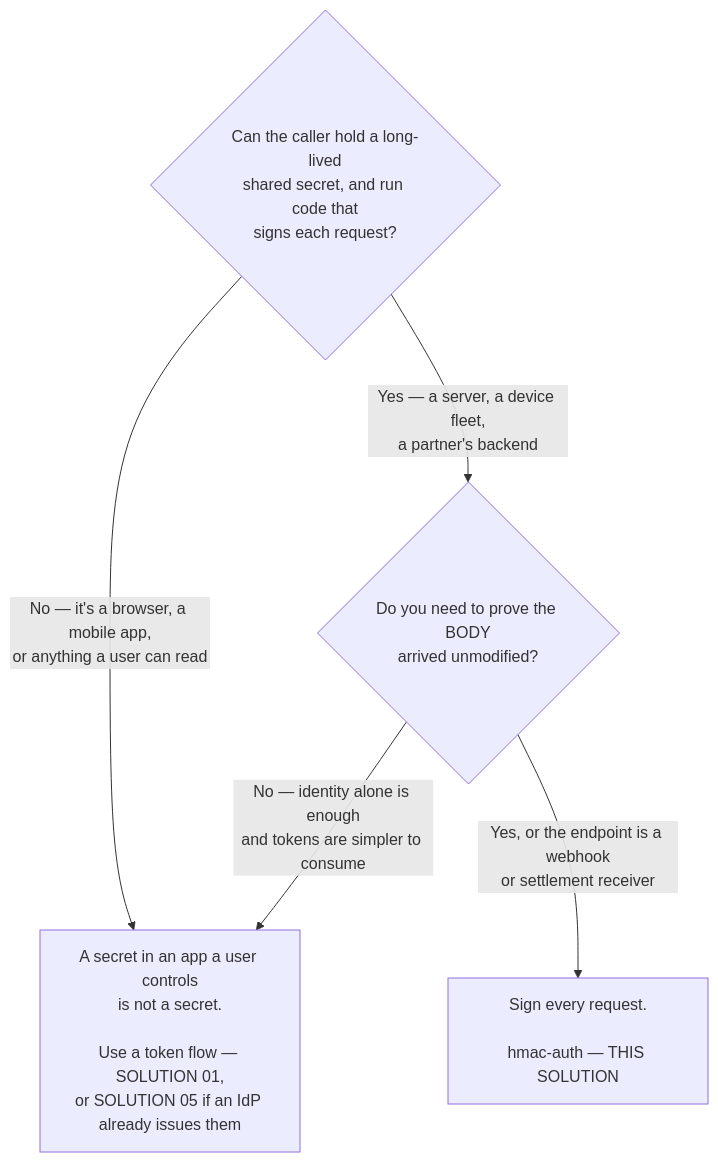
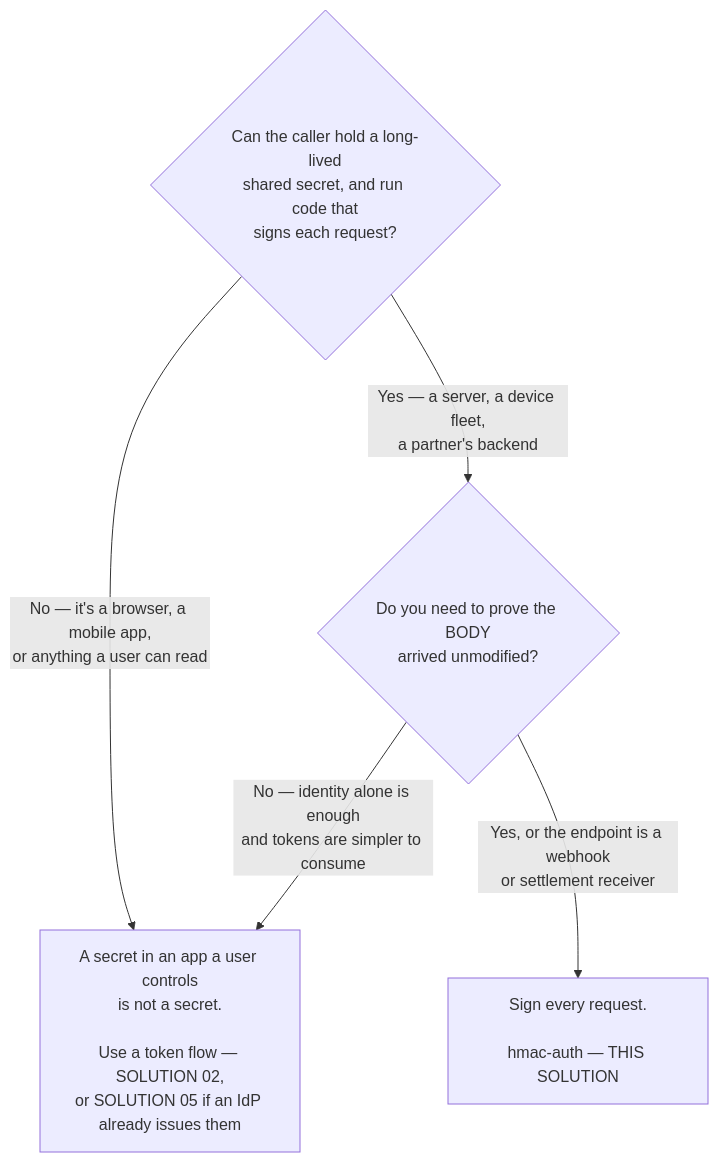
The first of 2 diagrams in solutions/06-hmac-auth/README.md (digitalapicraft/api-gateway-solutions), drawn with Mermaid before and after one commit. The commit also changed other lines of this file and 132 other files, not shown here.

````diff
--- a/solutions/06-hmac-auth/README.md
+++ b/solutions/06-hmac-auth/README.md
@@ -68,8 +68,8 @@
 ```mermaid
 flowchart TD
     Q{"Can the caller hold a long-lived<br/>shared secret, and run code that<br/>signs each request?"}
-    Q -->|"No — it's a browser, a mobile app,<br/>or anything a user can read"| T["A secret in an app a user controls<br/>is not a secret.<br/><br/>Use a token flow — SOLUTION 01,<br/>or SOLUTION 05 if an IdP already issues them"]
+    Q -->|"No — it's a browser, a mobile app,<br/>or anything a user can read"| T["A secret in an app a user controls<br/>is not a secret.<br/><br/>Use a token flow — SOLUTION 02,<br/>or SOLUTION 05 if an IdP already issues them"]
     Q -->|"Yes — a server, a device fleet,<br/>a partner's backend"| S{"Do you need to prove the BODY<br/>arrived unmodified?"}
     S -->|"Yes, or the endpoint is a webhook<br/>or settlement receiver"| H["Sign every request.<br/><br/>hmac-auth — THIS SOLUTION"]
     S -->|"No — identity alone is enough<br/>and tokens are simpler to consume"| T
 ```
````
